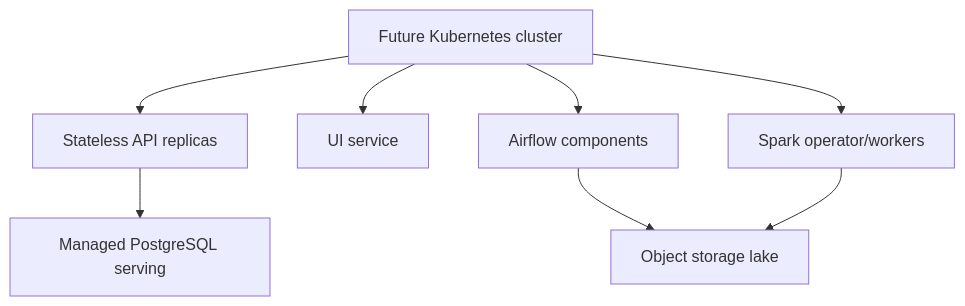
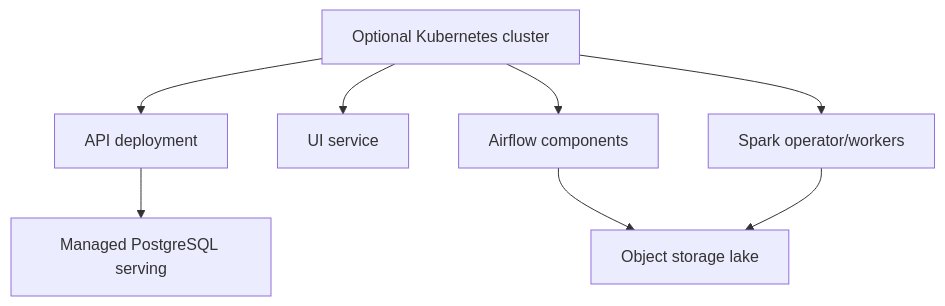
Diagram 28 of 54 in README.md (vdeeplearning/agentic_healthcare_data_platform), drawn with Mermaid before and after one commit. The commit also changed other lines of this file and 6 other files, not shown here.

````diff
--- a/README.md
+++ b/README.md
@@ -1431,10 +1431,10 @@
 ```mermaid
 flowchart TD
- K["Future Kubernetes cluster"] --> API["Stateless API replicas"]
+ K["Optional Kubernetes cluster"] --> API["API deployment"]
  K --> UI["UI service"]
  K --> AF["Airflow components"]
  K --> SP["Spark operator/workers"]
  API --> PG["Managed PostgreSQL serving"]
  AF --> OBJ["Object storage lake"]
  SP --> OBJ
 ```
````
